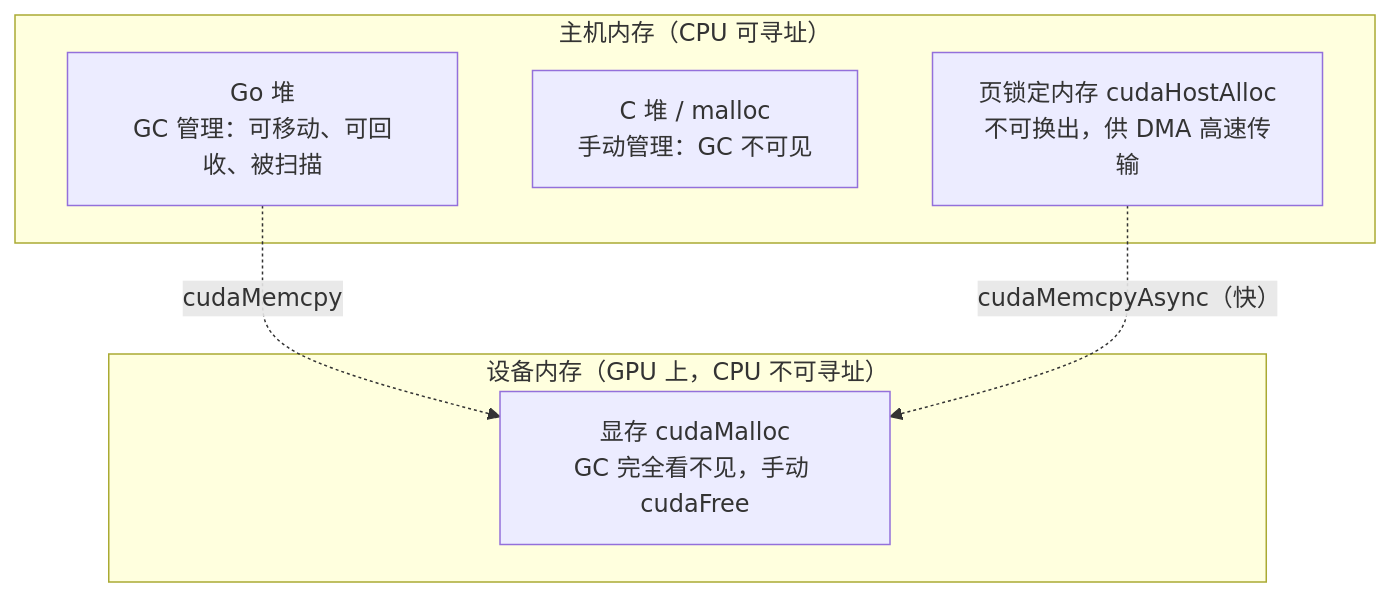
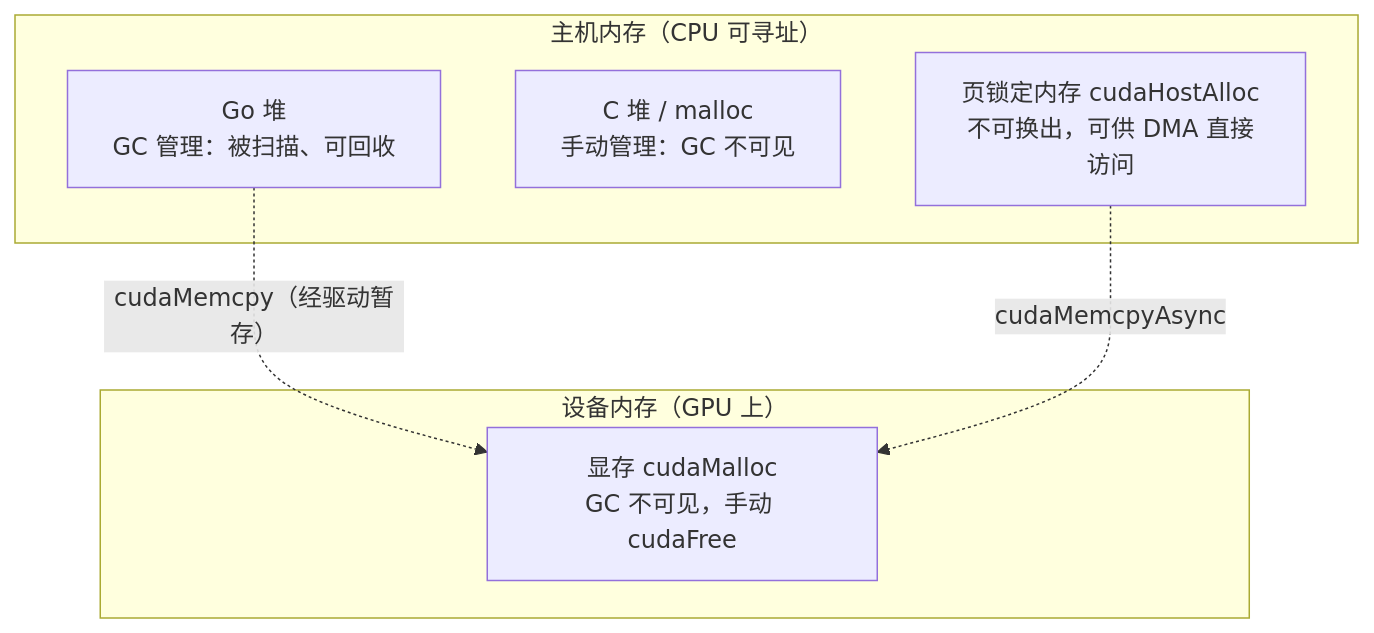
The diagram in book/zh-cn/part6hetero/ch18gpu/memory.md (golang-design/under-the-hood), drawn with Mermaid before and after one commit. The commit also changed other lines of this file and 4 other files, not shown here.

````diff
--- a/book/zh-cn/part6hetero/ch18gpu/memory.md
+++ b/book/zh-cn/part6hetero/ch18gpu/memory.md
@@ -18,13 +19,13 @@
 ```mermaid
 flowchart TB
     subgraph host["主机内存（CPU 可寻址）"]
-        go["Go 堆<br/>GC 管理：可移动、可回收、被扫描"]
+        go["Go 堆<br/>GC 管理：被扫描、可回收"]
         c["C 堆 / malloc<br/>手动管理：GC 不可见"]
-        pinned["页锁定内存 cudaHostAlloc<br/>不可换出，供 DMA 高速传输"]
+        pinned["页锁定内存 cudaHostAlloc<br/>不可换出，可供 DMA 直接访问"]
     end
-    subgraph device["设备内存（GPU 上，CPU 不可寻址）"]
-        dev["显存 cudaMalloc<br/>GC 完全看不见，手动 cudaFree"]
+    subgraph device["设备内存（GPU 上）"]
+        dev["显存 cudaMalloc<br/>GC 不可见，手动 cudaFree"]
     end
-    go -. "cudaMemcpy" .-> dev
-    pinned -. "cudaMemcpyAsync（快）" .-> dev
+    go -. "cudaMemcpy（经驱动暂存）" .-> dev
+    pinned -. "cudaMemcpyAsync" .-> dev
 ```
````
